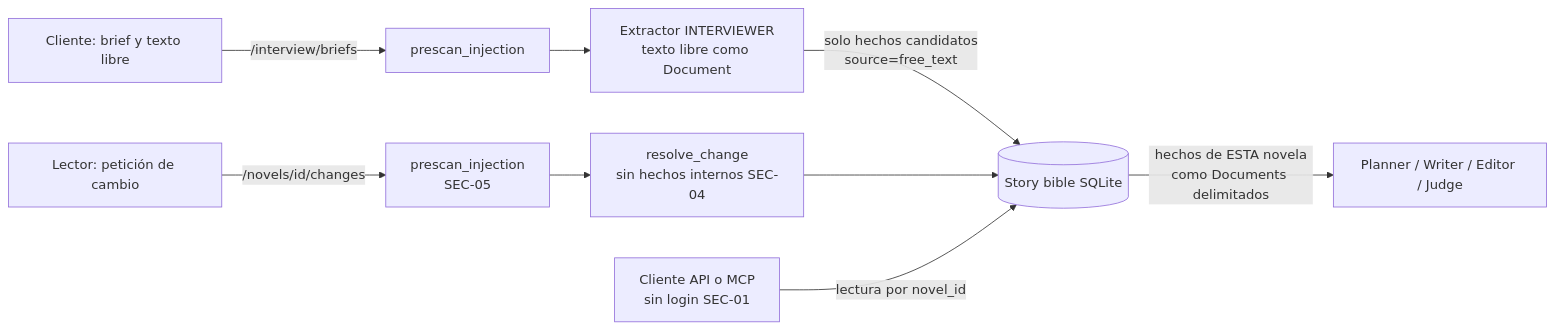
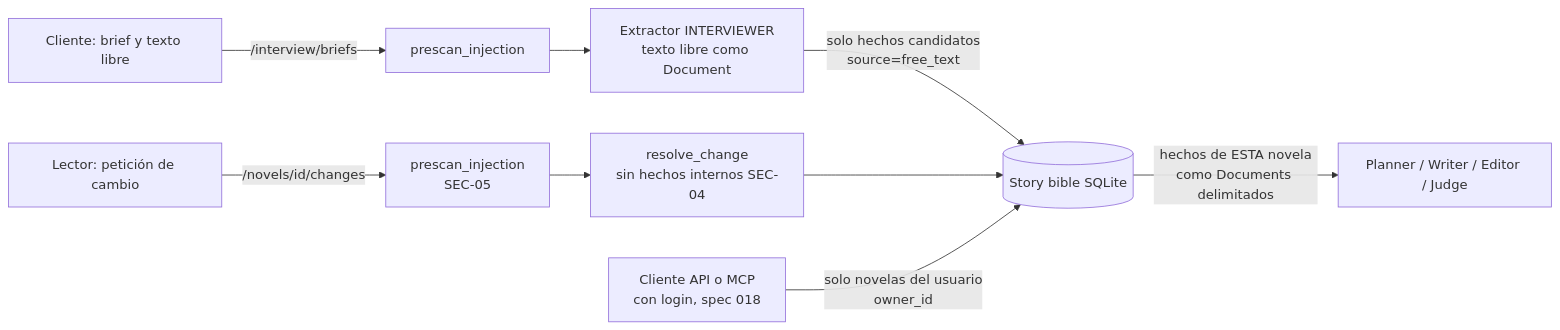
The diagram in docs/security-report.md (ignacio-hurtado-qaracter/My-Story-Marker), drawn with Mermaid before and after one commit. The commit also changed other lines of this file, not shown here.

First line of the commit message:
docs: SEC-01 and SEC-08 corrected by the login of spec 018 (X03)

````diff
--- a/docs/security-report.md
+++ b/docs/security-report.md
@@ -80,11 +81,11 @@
 ```mermaid
 flowchart LR
   C[Cliente: brief y texto libre] -->|/interview/briefs| PS[prescan_injection]
   PS --> EX[Extractor INTERVIEWER<br/>texto libre como Document]
   EX -->|solo hechos candidatos<br/>source=free_text| DB[(Story bible SQLite)]
   L[Lector: petición de cambio] -->|/novels/id/changes| PS2[prescan_injection<br/>SEC-05]
   PS2 --> RC[resolve_change<br/>sin hechos internos SEC-04]
   RC --> DB
   DB -->|hechos de ESTA novela<br/>como Documents delimitados| R[Planner / Writer / Editor / Judge]
-  API[Cliente API o MCP<br/>sin login SEC-01] -->|lectura por novel_id| DB
+  API[Cliente API o MCP<br/>con login, spec 018] -->|solo novelas del usuario<br/>owner_id| DB
 ```
````
